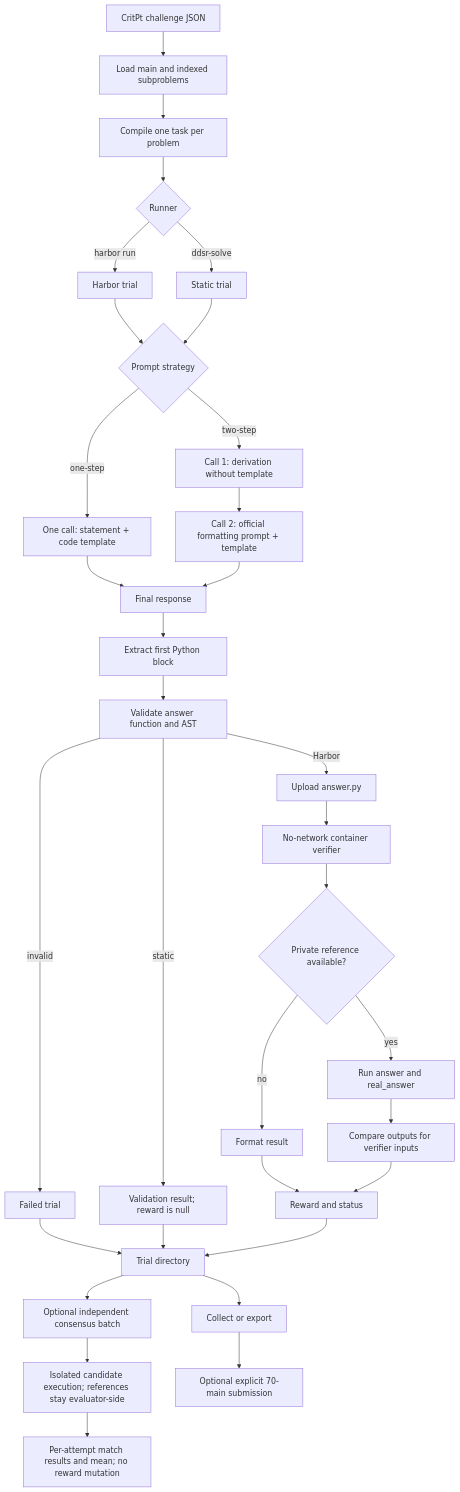
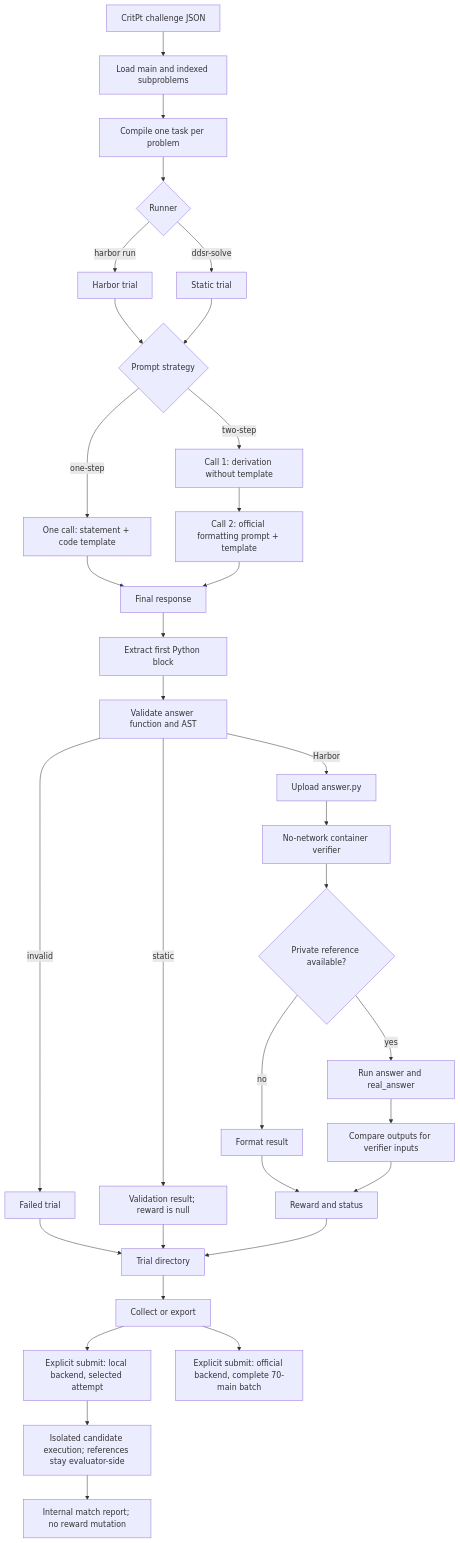
The diagram in ddsr_bench/benchmarks/critpt/PIPELINE.md (CATL-21CLab-SCIAGI/ddsr-bench), drawn with Mermaid before and after one commit. The commit also changed other lines of this file and 30 other files, not shown here.

Commit message:
Unify CritPt official and local submission

````diff
--- a/ddsr_bench/benchmarks/critpt/PIPELINE.md
+++ b/ddsr_bench/benchmarks/critpt/PIPELINE.md
@@ -7,35 +7,35 @@
 ```mermaid
 flowchart TD
     A["CritPt challenge JSON"] --> B["Load main and indexed subproblems"]
     B --> C["Compile one task per problem"]
     C --> D{"Runner"}
     D -->|"harbor run"| E["Harbor trial"]
     D -->|"ddsr-solve"| F["Static trial"]
     E --> G{"Prompt strategy"}
     F --> G
     G -->|"one-step"| H["One call: statement + code template"]
     G -->|"two-step"| I["Call 1: derivation without template"]
     I --> J["Call 2: official formatting prompt + template"]
     H --> K["Final response"]
     J --> K
     K --> L["Extract first Python block"]
     L --> M["Validate answer function and AST"]
     M -->|"invalid"| N["Failed trial"]
     M -->|"static"| O["Validation result; reward is null"]
     M -->|"Harbor"| P["Upload answer.py"]
     P --> Q["No-network container verifier"]
     Q --> R{"Private reference available?"}
     R -->|"no"| S["Format result"]
     R -->|"yes"| T["Run answer and real_answer"]
     T --> U["Compare outputs for verifier inputs"]
     S --> V["Reward and status"]
     U --> V
     N --> W["Trial directory"]
     O --> W
     V --> W
     W --> X["Collect or export"]
-    W --> Z["Optional independent consensus batch"]
+    X --> Z["Explicit submit: local backend, selected attempt"]
     Z --> AA["Isolated candidate execution; references stay evaluator-side"]
-    AA --> AB["Per-attempt match results and mean; no reward mutation"]
-    X --> Y["Optional explicit 70-main submission"]
+    AA --> AB["Internal match report; no reward mutation"]
+    X --> Y["Explicit submit: official backend, complete 70-main batch"]
 ```
````
